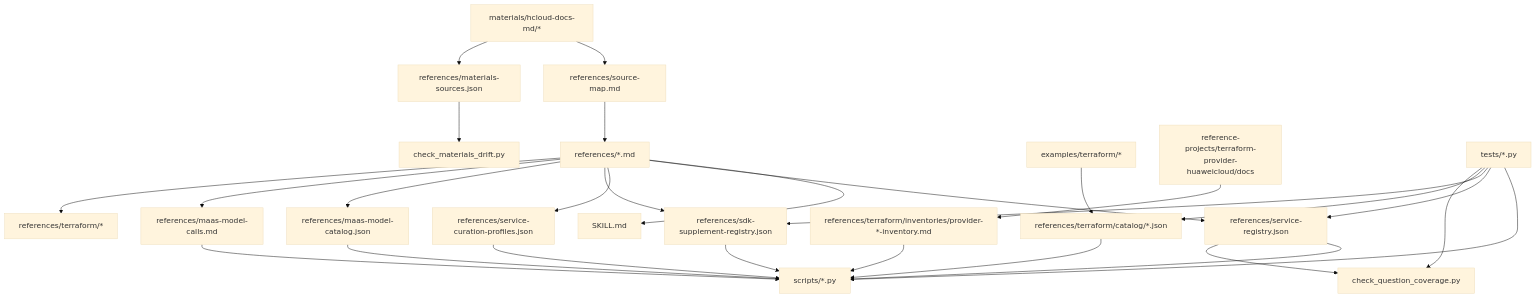
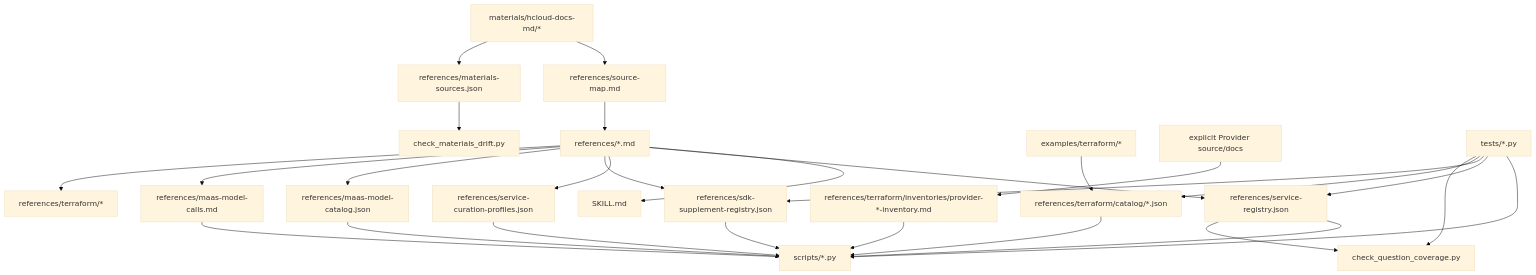
One commit to pipixia-labs/huaweicloud-skill changed the diagram in docs/data-and-coverage.md. Above: the diagram before and after it, drawn with Mermaid (base theme). The commit also changed other lines of this file and 41 other files, not shown here.

````diff
--- a/docs/data-and-coverage.md
+++ b/docs/data-and-coverage.md
@@ -9,29 +9,29 @@
 ```mermaid
 flowchart TD
     Materials["materials/hcloud-docs-md/*"] --> SourceMap["references/source-map.md"]
     Materials --> MaterialMap["references/materials-sources.json"]
     SourceMap --> References["references/*.md"]
     MaterialMap --> Drift["check_materials_drift.py"]
     References --> Skill["SKILL.md"]
     References --> Registry["references/service-registry.json"]
     References --> Curation["references/service-curation-profiles.json"]
     References --> SDKRegistry["references/sdk-supplement-registry.json"]
     References --> MaasCatalog["references/maas-model-catalog.json"]
     References --> MaasGuide["references/maas-model-calls.md"]
     References --> TFRefs["references/terraform/*"]
     TFExamples["examples/terraform/*"] --> TFCatalog["references/terraform/catalog/*.json"]
-    TFProvider["reference-projects/terraform-provider-huaweicloud/docs"] --> TFInventory["references/terraform/inventories/provider-*-inventory.md"]
+    TFProvider["explicit Provider source/docs"] --> TFInventory["references/terraform/inventories/provider-*-inventory.md"]
     Registry --> Scripts["scripts/*.py"]
     Curation --> Scripts
     SDKRegistry --> Scripts
     MaasCatalog --> Scripts
     MaasGuide --> Scripts
     TFCatalog --> Scripts
     TFInventory --> Scripts
     Registry --> Coverage["check_question_coverage.py"]
     Tests["tests/*.py"] --> Scripts
     Tests --> Registry
     Tests --> SDKRegistry
     Tests --> TFCatalog
     Tests --> Coverage
 ```
````
